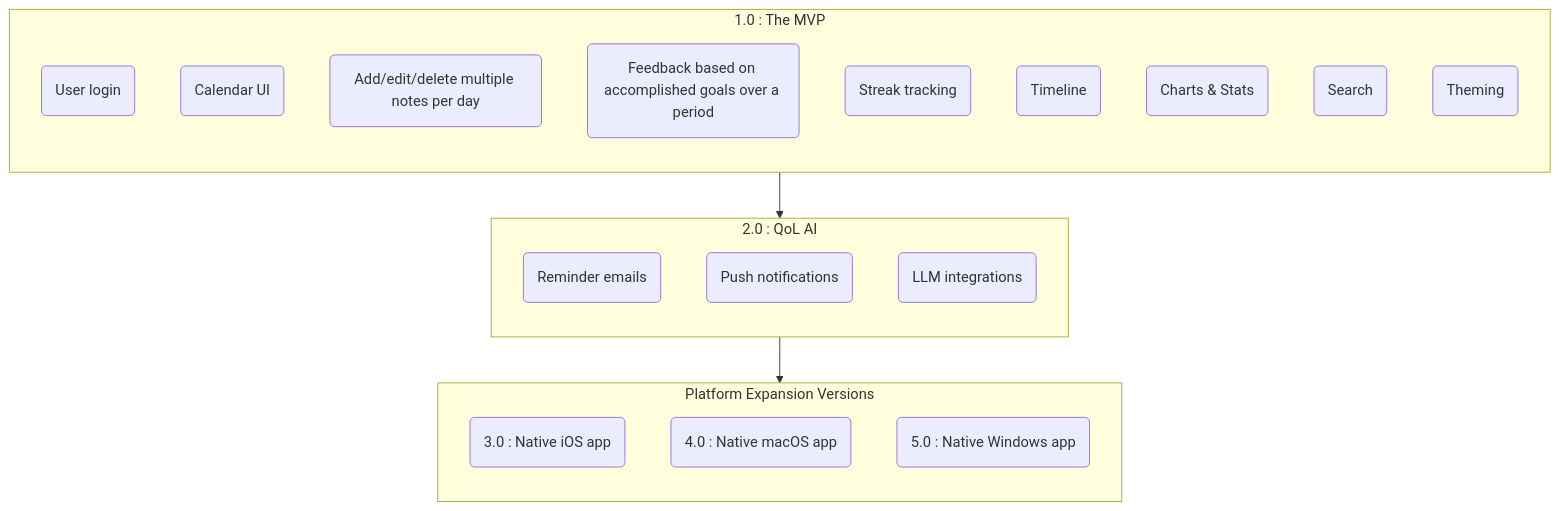
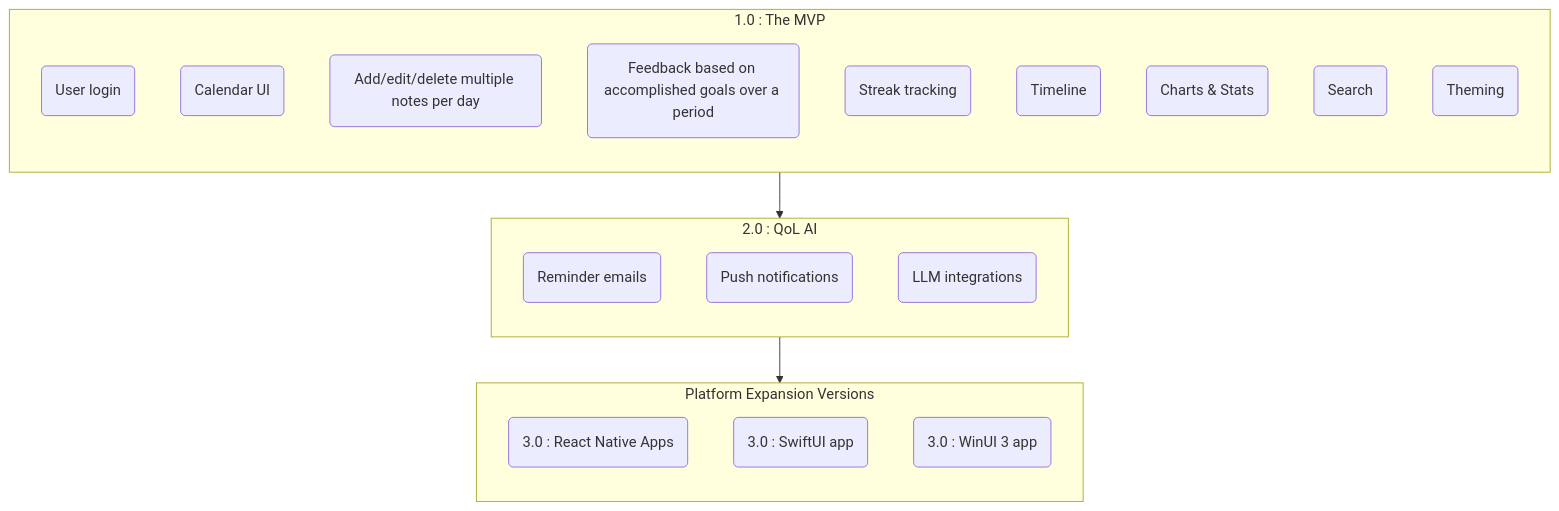
The second of 3 diagrams in README.md (LowComDenom/wellness-calendar), drawn with Mermaid before and after one commit. The commit also changed other lines of this file and 17 other files, not shown here.

````diff
--- a/README.md
+++ b/README.md
@@ -60,38 +67,38 @@
 ```mermaid
 flowchart TD
 
 subgraph v1 [1.0 : The MVP]
 direction TB
 
 f1.1(User login)
 f1.2(Calendar UI)
 f1.3(Add/edit/delete multiple notes per day)
 f1.4(Feedback based on accomplished goals over a period)
 f1.5(Streak tracking)
 f1.6(Timeline)
 f1.7(Charts & Stats)
 f1.8(Search)
 f1.9(Theming)
 
 end
 
 subgraph v2 [2.0 : QoL AI]
 direction TB
 
 f2.1(Reminder emails)
 f2.2(Push notifications)
 f2.3(LLM integrations)
 
 end
 
 subgraph vPX [Platform Expansion Versions]
 direction TB
 
-iOS(3.0 : Native iOS app)
-mac(4.0 : Native macOS app)
-win(5.0 : Native Windows app)
+RN(3.0 : React Native Apps)
+apple(3.0 : SwiftUI app)
+win(3.0 : WinUI 3 app)
 
 end
 
 v1 --> v2 --> vPX
 ```
````
